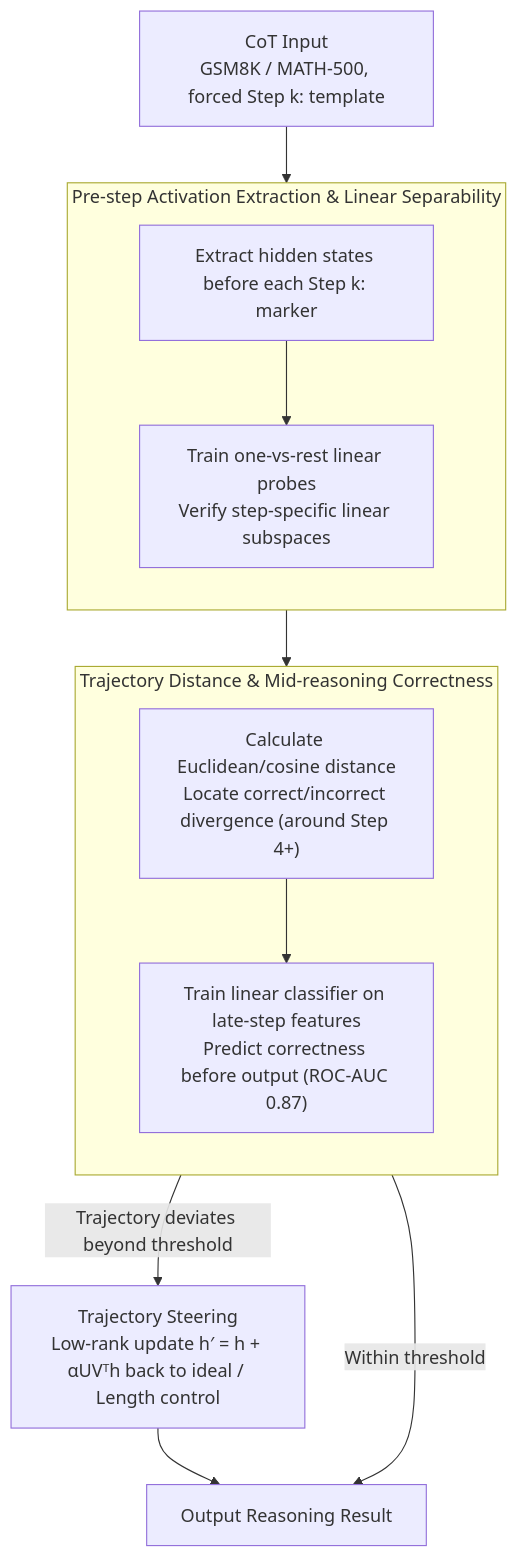
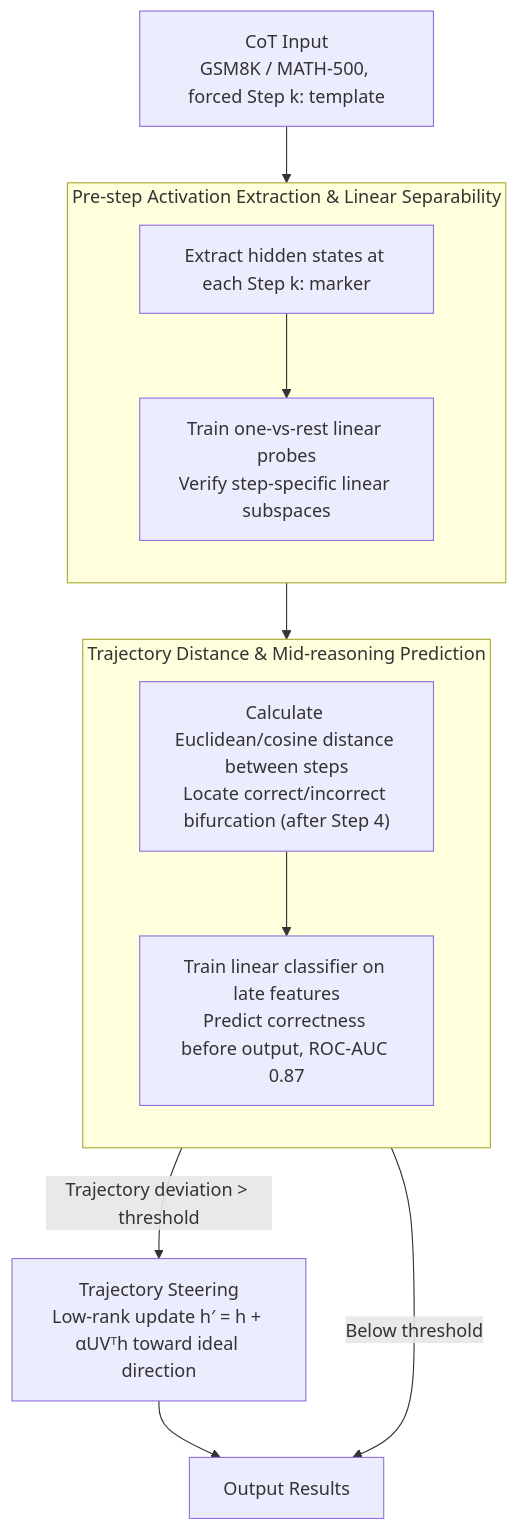
The diagram in docs/ACL2026/llm_reasoning/llm_reasoning_as_trajectories_step-specific_representation_geometry_and_correctn.md (zhaoyang97/Paper-Notes-en), drawn with Mermaid before and after one commit. The commit also changed other lines of this file and 5084 other files, not shown here.

````diff
--- a/docs/ACL2026/llm_reasoning/llm_reasoning_as_trajectories_step-specific_representation_geometry_and_correctn.md
+++ b/docs/ACL2026/llm_reasoning/llm_reasoning_as_trajectories_step-specific_representation_geometry_and_correctn.md
@@ -47,17 +47,17 @@
 ```mermaid
 graph TD
     A["CoT Input<br/>GSM8K / MATH-500, forced Step k: template"]
     subgraph S1["Pre-step Activation Extraction & Linear Separability"]
         direction TB
-        B["Extract hidden states before each Step k: marker"] --> C["Train one-vs-rest linear probes<br/>Verify step-specific linear subspaces"]
+        B["Extract hidden states at each Step k: marker"] --> C["Train one-vs-rest linear probes<br/>Verify step-specific linear subspaces"]
     end
-    subgraph S2["Trajectory Distance & Mid-reasoning Correctness"]
+    subgraph S2["Trajectory Distance & Mid-reasoning Prediction"]
         direction TB
-        D["Calculate Euclidean/cosine distance<br/>Locate correct/incorrect divergence (around Step 4+)"] --> E["Train linear classifier on late-step features<br/>Predict correctness before output (ROC-AUC 0.87)"]
+        D["Calculate Euclidean/cosine distance between steps<br/>Locate correct/incorrect bifurcation (after Step 4)"] --> E["Train linear classifier on late features<br/>Predict correctness before output, ROC-AUC 0.87"]
     end
     A --> S1
     S1 --> S2
-    S2 -->|"Trajectory deviates beyond threshold"| F["Trajectory Steering<br/>Low-rank update h′ = h + αUVᵀh back to ideal / Length control"]
-    S2 -->|"Within threshold"| G["Output Reasoning Result"]
+    S2 -->|"Trajectory deviation > threshold"| F["Trajectory Steering<br/>Low-rank update h′ = h + αUVᵀh toward ideal direction"]
+    S2 -->|"Below threshold"| G["Output Results"]
     F --> G
 ```
````
